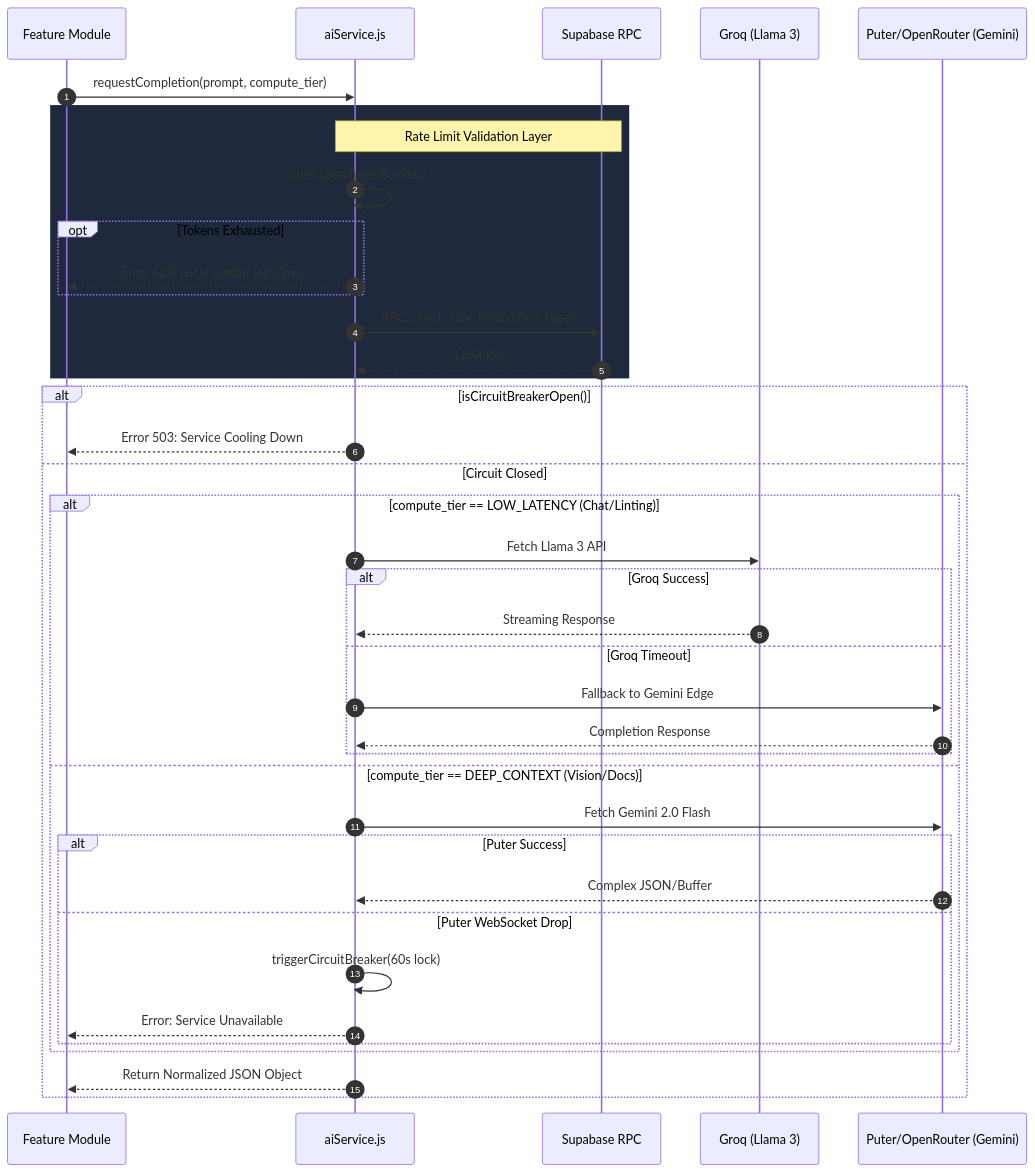
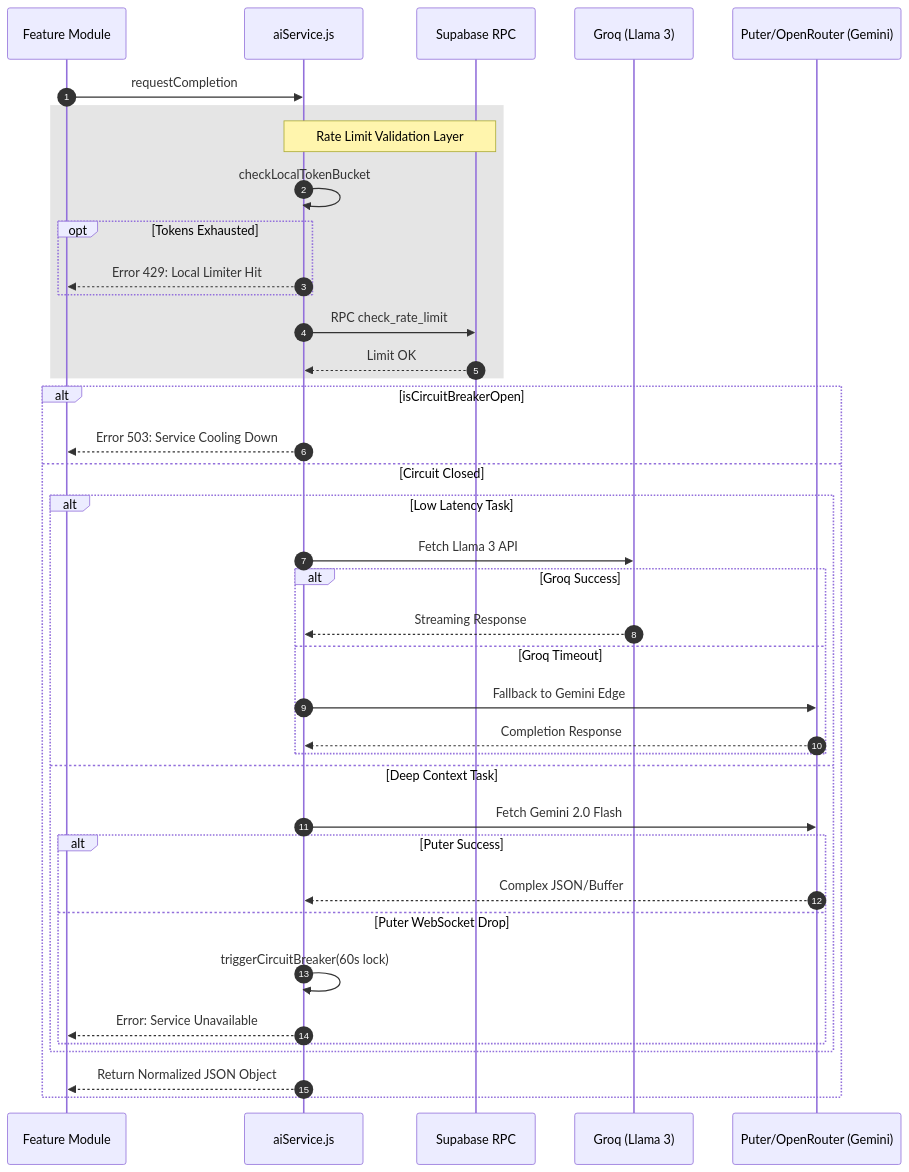
The second of 5 diagrams in README.md (hope-int/IES-Notes), drawn with Mermaid before and after one commit. The commit also changed other lines of this file, not shown here.

Commit message:
refactor: improve clarity and consistency of Mermaid diagrams in README.md by adding quotes to labels and refining subgraph names.

````diff
--- a/README.md
+++ b/README.md
@@ -77,44 +77,44 @@
 ```mermaid
 sequenceDiagram
     autonumber
     participant C as Feature Module
     participant AI as aiService.js
     participant S as Supabase RPC
     participant Groq as Groq (Llama 3)
     participant Puter as Puter/OpenRouter (Gemini)
 
-    C->>AI: requestCompletion(prompt, compute_tier)
+    C->>AI: requestCompletion
     
-    rect rgb(30, 41, 59)
+    rect rgba(0, 0, 0, 0.1)
     Note over AI,S: Rate Limit Validation Layer
-    AI->>AI: checkLocalTokenBucket()
+    AI->>AI: checkLocalTokenBucket
     opt Tokens Exhausted
-        AI-->>C: Error 429: Local Limiter Hit (0ms)
+        AI-->>C: Error 429: Local Limiter Hit
     end
-    AI->>S: RPC: check_rate_limit(action_type)
+    AI->>S: RPC check_rate_limit
     S-->>AI: Limit OK
     end
     
-    alt isCircuitBreakerOpen()
+    alt isCircuitBreakerOpen
         AI-->>C: Error 503: Service Cooling Down
     else Circuit Closed
-        alt compute_tier == LOW_LATENCY (Chat/Linting)
+        alt Low Latency Task
             AI->>Groq: Fetch Llama 3 API
             alt Groq Success
                 Groq-->>AI: Streaming Response
             else Groq Timeout
                 AI->>Puter: Fallback to Gemini Edge
                 Puter-->>AI: Completion Response
             end
-        else compute_tier == DEEP_CONTEXT (Vision/Docs)
+        else Deep Context Task
             AI->>Puter: Fetch Gemini 2.0 Flash
             alt Puter Success
                 Puter-->>AI: Complex JSON/Buffer
             else Puter WebSocket Drop
                 AI->>AI: triggerCircuitBreaker(60s lock)
                 AI-->>C: Error: Service Unavailable
             end
         end
         AI-->>C: Return Normalized JSON Object
     end
 ```
````
